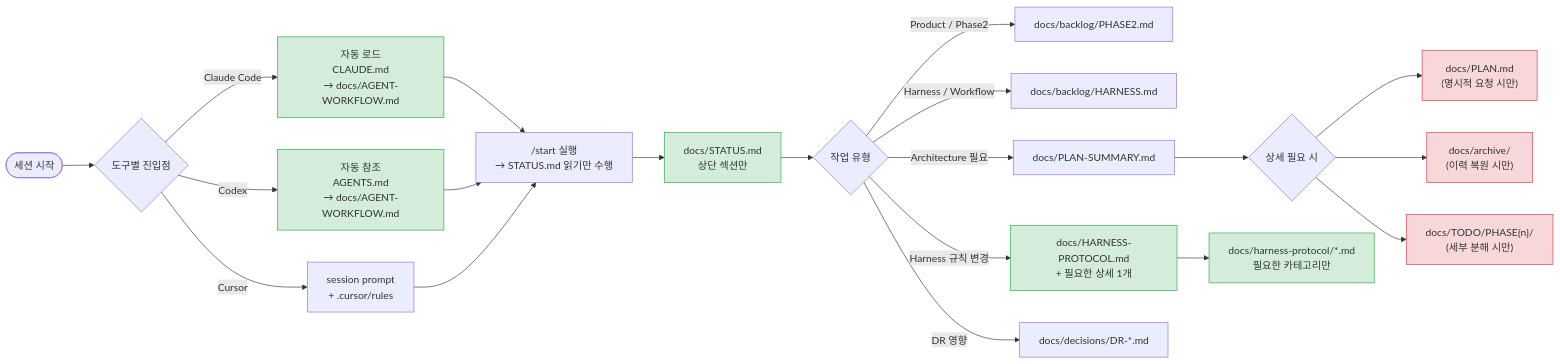
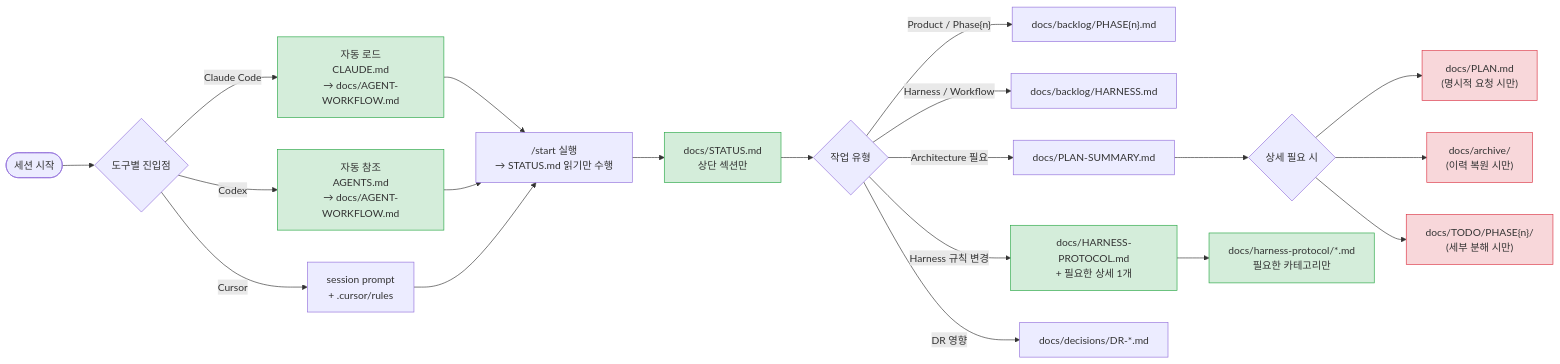
Before and after one commit to kyungseo/ai-workflow-harness: the sixth of 7 diagrams in docs/WORKFLOW-MANUAL.md, drawn with Mermaid. The commit also changed other lines of this file and 19 other files, not shown here.

````diff
--- a/docs/WORKFLOW-MANUAL.md
+++ b/docs/WORKFLOW-MANUAL.md
@@ -604,32 +604,32 @@
 ```mermaid
 flowchart LR
     SESSION([세션 시작]) --> ENTRY{도구별 진입점}
     ENTRY -- Claude Code --> CLAUDE_AUTO["자동 로드\nCLAUDE.md\n→ docs/AGENT-WORKFLOW.md"]
     ENTRY -- Codex --> CODEX_AUTO["자동 참조\nAGENTS.md\n→ docs/AGENT-WORKFLOW.md"]
     ENTRY -- Cursor --> CURSOR_BOOT["session prompt\n+ .cursor/rules"]
     CLAUDE_AUTO --> CMD["/start 실행\n→ STATUS.md 읽기만 수행"]
     CODEX_AUTO --> CMD
     CURSOR_BOOT --> CMD
     CMD --> STATUS["docs/STATUS.md\n상단 섹션만"]
     STATUS --> ROUTE{작업 유형}
-    ROUTE -- Product / Phase2 --> PBACKLOG["docs/backlog/PHASE2.md"]
+    ROUTE -- Product / Phase{n} --> PBACKLOG["docs/backlog/PHASE{n}.md"]
     ROUTE -- Harness / Workflow --> HBACKLOG["docs/backlog/HARNESS.md"]
     ROUTE -- Harness 규칙 변경 --> HPROTO["docs/HARNESS-PROTOCOL.md\n+ 필요한 상세 1개"]
     ROUTE -- Architecture 필요 --> PLAN_S["docs/PLAN-SUMMARY.md"]
     ROUTE -- DR 영향 --> DECISIONS["docs/decisions/DR-*.md"]
 
     PLAN_S --> ON_DEMAND{상세 필요 시}
     ON_DEMAND --> PLAN["docs/PLAN.md\n(명시적 요청 시만)"]
     ON_DEMAND --> ARCHIVE["docs/archive/\n(이력 복원 시만)"]
     ON_DEMAND --> TODO["docs/TODO/PHASE{n}/\n(세부 분해 시만)"]
     HPROTO --> HDETAIL["docs/harness-protocol/*.md\n필요한 카테고리만"]
 
     style CLAUDE_AUTO fill:#d4edda,stroke:#28a745
     style CODEX_AUTO fill:#d4edda,stroke:#28a745
     style STATUS fill:#d4edda,stroke:#28a745
     style HPROTO fill:#d4edda,stroke:#28a745
     style HDETAIL fill:#d4edda,stroke:#28a745
     style PLAN fill:#f8d7da,stroke:#dc3545
     style ARCHIVE fill:#f8d7da,stroke:#dc3545
     style TODO fill:#f8d7da,stroke:#dc3545
 ```
````
